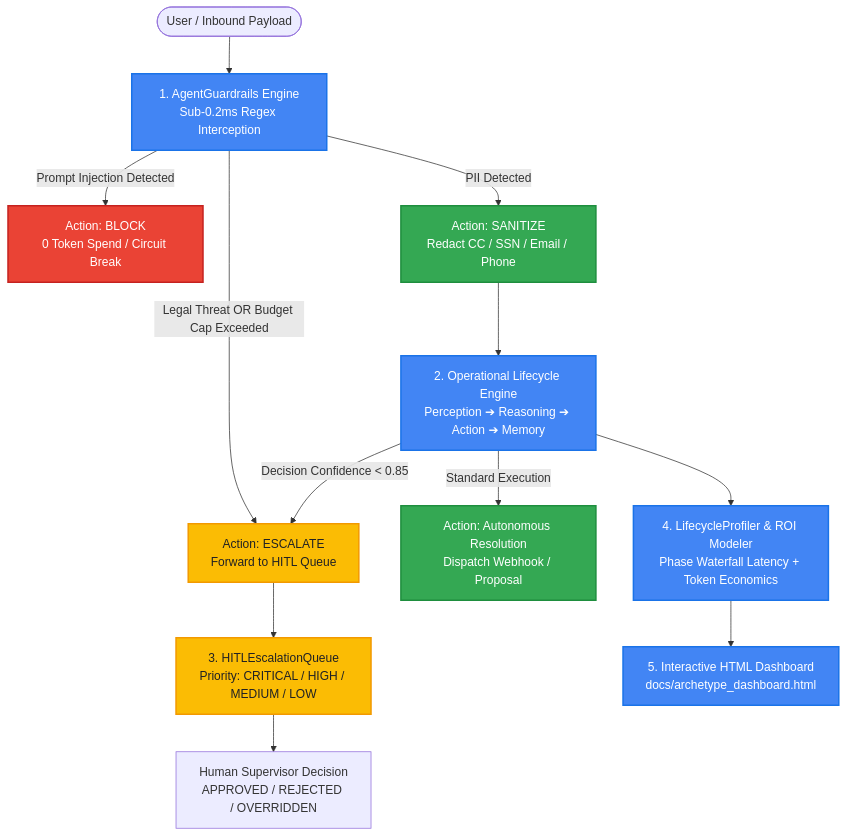
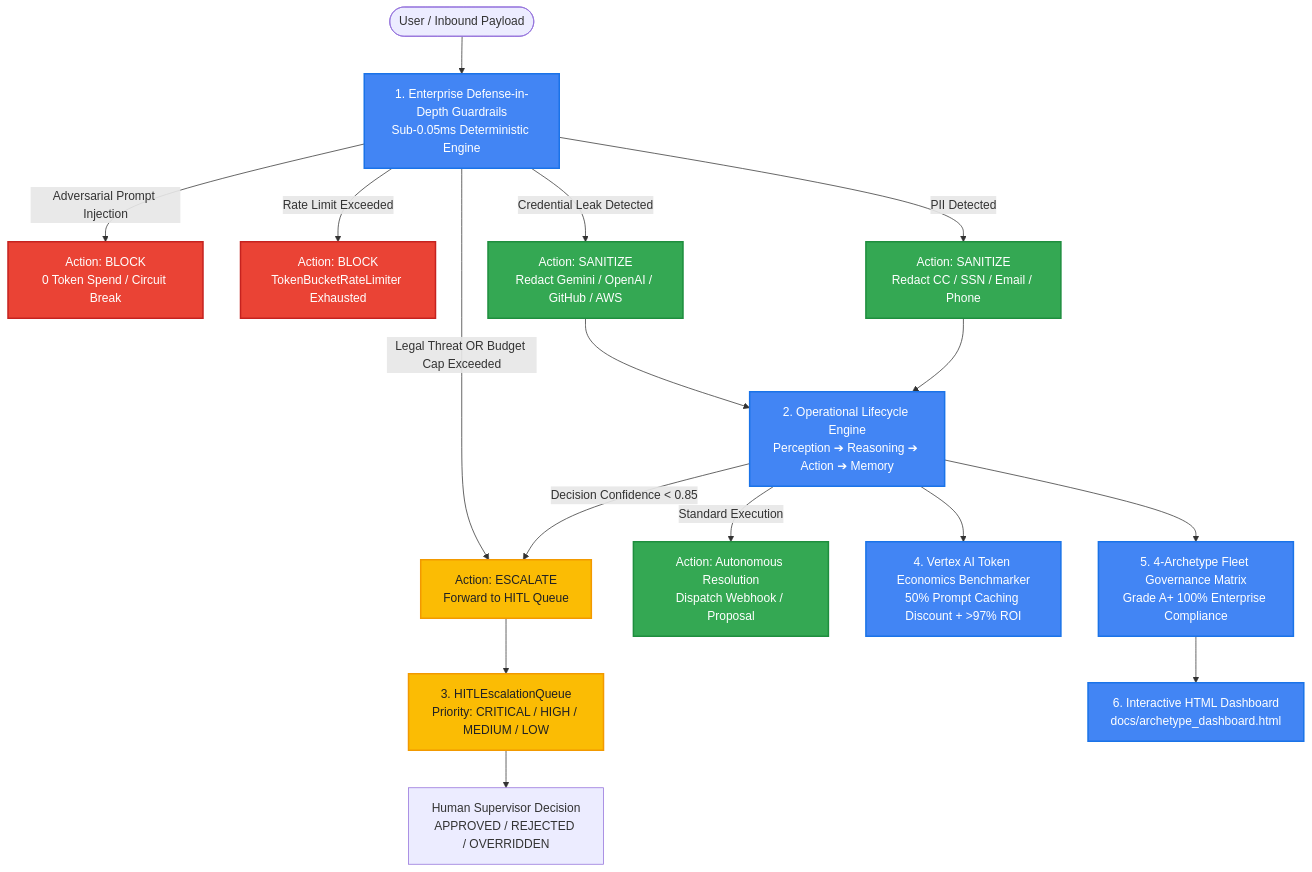
Before and after one commit to BigBro2454/pm-learning-agents: the first of 6 diagrams in README.md, drawn with Mermaid. The commit also changed other lines of this file and 14 other files, not shown here.

Commit message:
feat: implement multi-stage security guardrails, Vertex AI token economics benchmark suite, and 4-archetype fleet governance matrix

````diff
--- a/README.md
+++ b/README.md
@@ -35,29 +37,32 @@
 ```mermaid
 flowchart TD
-    Inbound([User / Inbound Payload]) --> Guardrails[1. AgentGuardrails Engine<br/>Sub-0.2ms Regex Interception]
+    Inbound([User / Inbound Payload]) --> Guardrails[1. Enterprise Defense-in-Depth Guardrails<br/>Sub-0.05ms Deterministic Engine]
     
-    Guardrails -->|Prompt Injection Detected| BlockNode[Action: BLOCK<br/>0 Token Spend / Circuit Break]
+    Guardrails -->|Adversarial Prompt Injection| BlockNode[Action: BLOCK<br/>0 Token Spend / Circuit Break]
+    Guardrails -->|Rate Limit Exceeded| RateBlockNode[Action: BLOCK<br/>TokenBucketRateLimiter Exhausted]
+    Guardrails -->|Credential Leak Detected| CredMaskNode[Action: SANITIZE<br/>Redact Gemini / OpenAI / GitHub / AWS]
     Guardrails -->|PII Detected| MaskNode[Action: SANITIZE<br/>Redact CC / SSN / Email / Phone]
     Guardrails -->|Legal Threat OR Budget Cap Exceeded| EscalateNode[Action: ESCALATE<br/>Forward to HITL Queue]
     
-    MaskNode --> Lifecycle[2. Operational Lifecycle Engine<br/>Perception ➔ Reasoning ➔ Action ➔ Memory]
+    CredMaskNode & MaskNode --> Lifecycle[2. Operational Lifecycle Engine<br/>Perception ➔ Reasoning ➔ Action ➔ Memory]
     
     Lifecycle -->|Decision Confidence < 0.85| EscalateNode
     Lifecycle -->|Standard Execution| AutoResolve[Action: Autonomous Resolution<br/>Dispatch Webhook / Proposal]
     
     EscalateNode --> HITLQueue[3. HITLEscalationQueue<br/>Priority: CRITICAL / HIGH / MEDIUM / LOW]
     HITLQueue --> Supervisor[Human Supervisor Decision<br/>APPROVED / REJECTED / OVERRIDDEN]
     
-    Lifecycle --> Profiler[4. LifecycleProfiler & ROI Modeler<br/>Phase Waterfall Latency + Token Economics]
-    Profiler --> Dash[5. Interactive HTML Dashboard<br/>docs/archetype_dashboard.html]
+    Lifecycle --> Benchmarker[4. Vertex AI Token Economics Benchmarker<br/>50% Prompt Caching Discount + >97% ROI]
+    Lifecycle --> Governance[5. 4-Archetype Fleet Governance Matrix<br/>Grade A+ 100% Enterprise Compliance]
+    Governance --> Dash[6. Interactive HTML Dashboard<br/>docs/archetype_dashboard.html]
 
     classDef block fill:#EA4335,stroke:#c5221f,stroke-width:2px,color:#ffffff;
     classDef safe fill:#34A853,stroke:#1e8e3e,stroke-width:2px,color:#ffffff;
     classDef warn fill:#FBBC04,stroke:#f29900,stroke-width:2px,color:#202124;
     classDef proc fill:#4285F4,stroke:#1a73e8,stroke-width:2px,color:#ffffff;
 
-    class BlockNode block;
-    class AutoResolve,MaskNode safe;
+    class BlockNode,RateBlockNode block;
+    class AutoResolve,MaskNode,CredMaskNode safe;
     class EscalateNode,HITLQueue warn;
-    class Guardrails,Lifecycle,Profiler,Dash proc;
+    class Guardrails,Lifecycle,Benchmarker,Governance,Dash proc;
 ```
````
